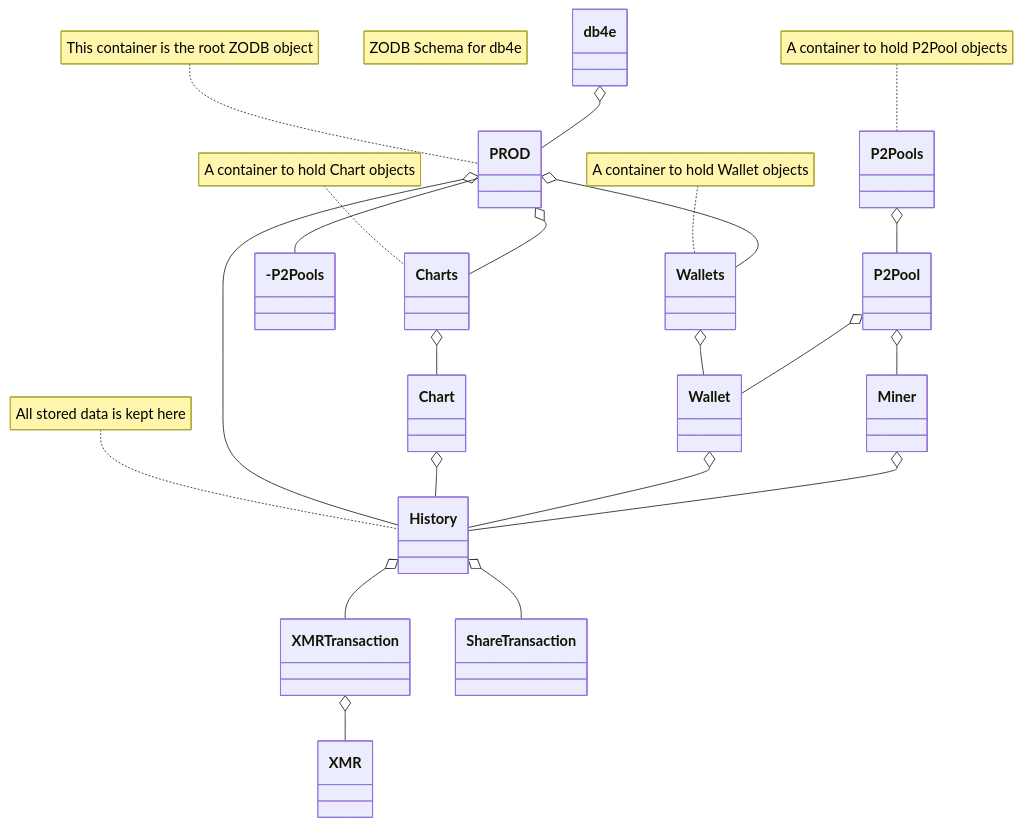
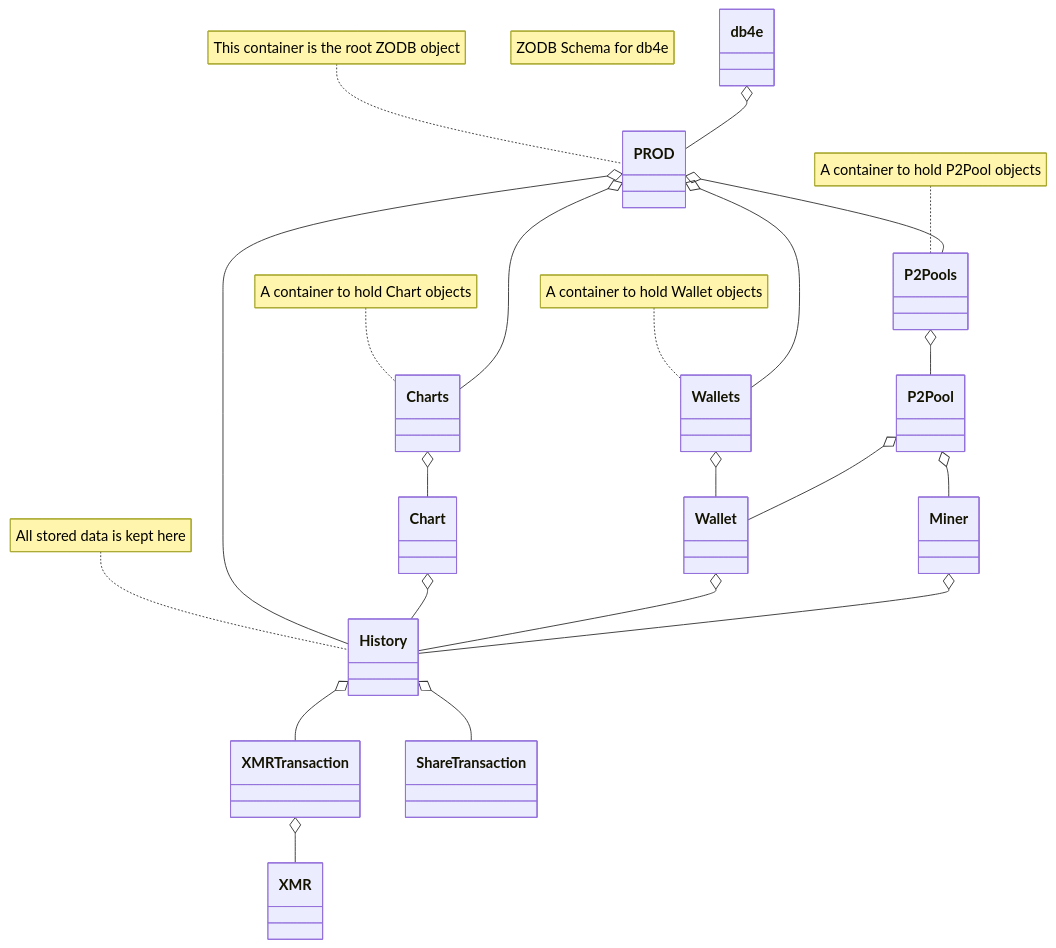
One commit to NadimGhaznavi/myzodb changed the diagram in _posts/2024-06-05-ZODB-Schema.md. Above: the diagram before and after it, drawn with Mermaid.

```diff
--- a/_posts/2024-06-05-ZODB-Schema.md
+++ b/_posts/2024-06-05-ZODB-Schema.md
@@ -11,25 +11,25 @@
 <pre class="mermaid">
   classDiagram
     note "ZODB Schema for db4e"
     db4e o-- PROD
     note for PROD "This container is the root ZODB object"
     PROD o-- Wallets
     note for Wallets "A container to hold Wallet objects"
     Wallets o-- Wallet
-    PROD --- P2Pools
+    PROD o-- P2Pools
     note for P2Pools "A container to hold P2Pool objects"
     P2Pools o-- P2Pool
     PROD o-- History
     note for History "All stored data is kept here"
     PROD o-- Charts
     note for Charts "A container to hold Chart objects"
     Charts o-- Chart
     Chart o-- History
     P2Pool o-- Miner
     P2Pool o-- Wallet
     Wallet o-- History
     Miner o-- History
     History o-- XMRTransaction
     History o-- ShareTransaction
     XMRTransaction o-- XMR
 </pre>
```
